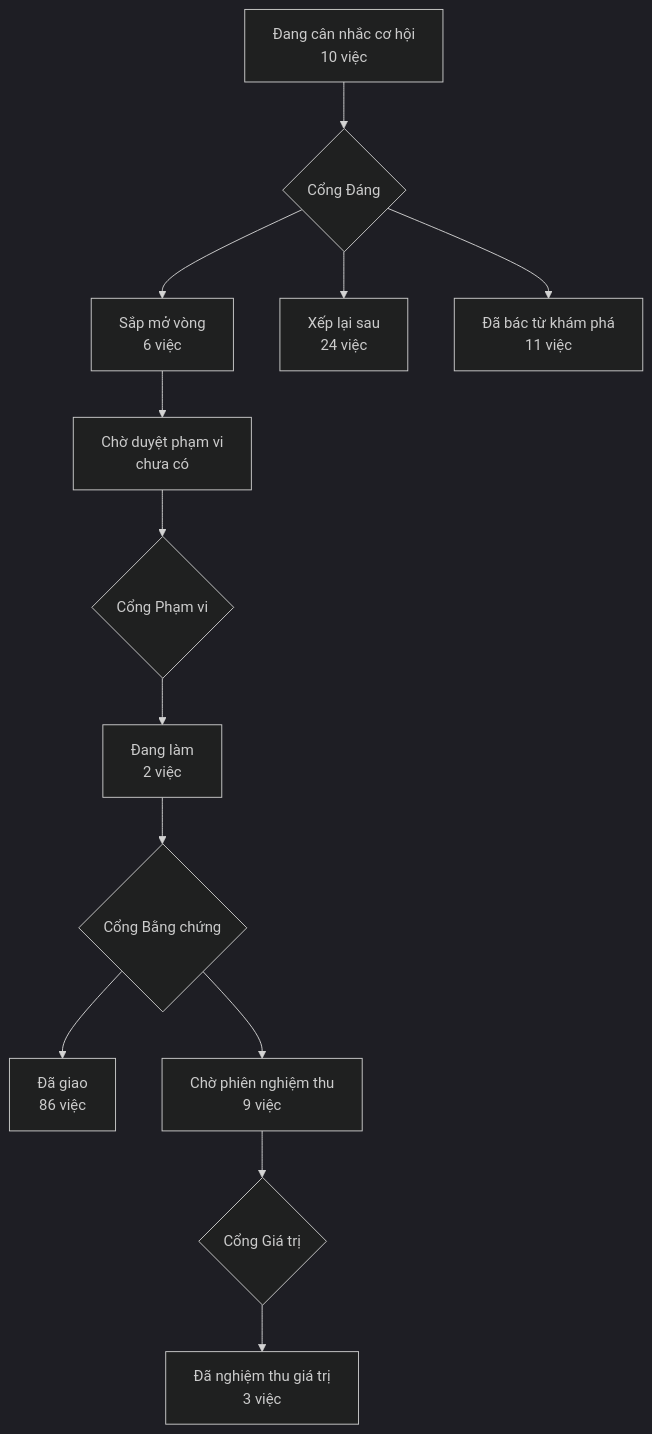
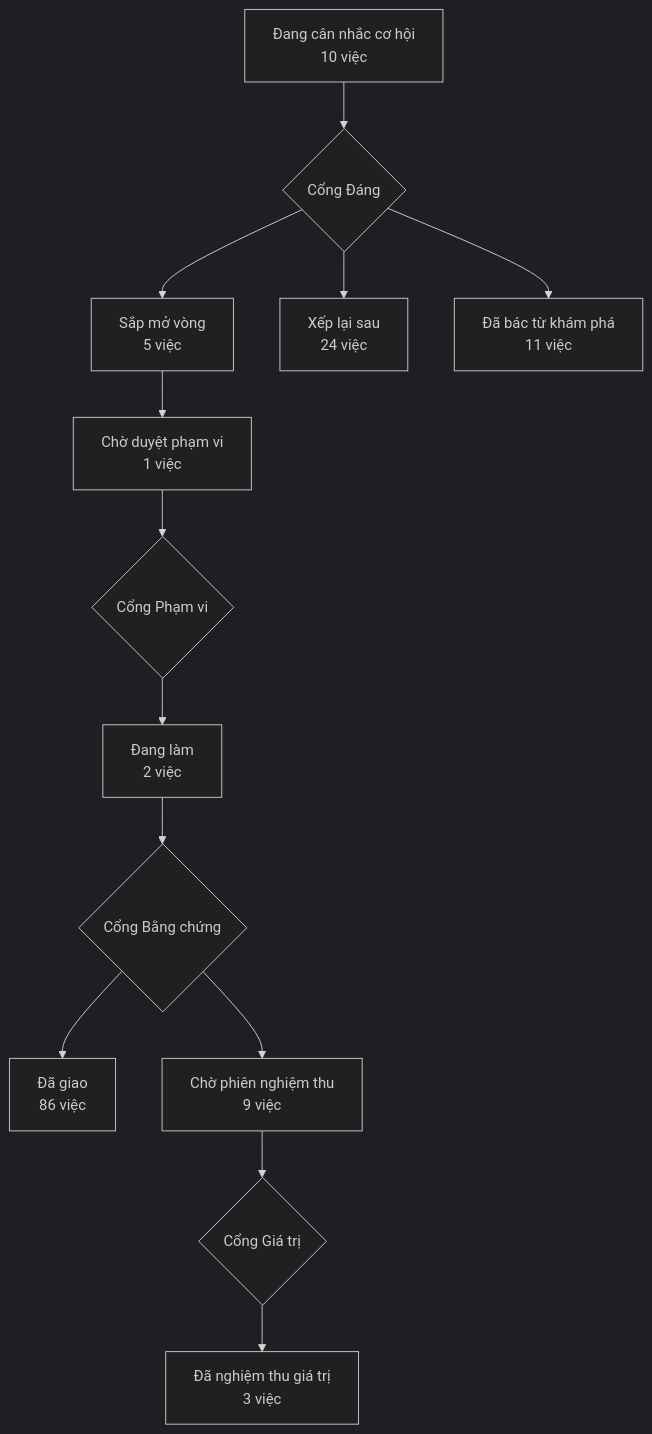
One commit to phanlemanh/acceptance-gate-kit changed the diagram in PRODUCT-MAP.md. Above: the diagram before and after it, drawn with Mermaid (dark theme). The commit also changed other lines of this file and 10 other files, not shown here.

````diff
--- a/PRODUCT-MAP.md
+++ b/PRODUCT-MAP.md
@@ -6,12 +6,12 @@
 ```mermaid
 flowchart TD
   A["Đang cân nhắc cơ hội<br/>10 việc"] --> GD{"Cổng Đáng"}
-  GD --> B["Sắp mở vòng<br/>6 việc"]
+  GD --> B["Sắp mở vòng<br/>5 việc"]
   GD --> XL["Xếp lại sau<br/>24 việc"]
   GD --> DB["Đã bác từ khám phá<br/>11 việc"]
-  B --> CD["Chờ duyệt phạm vi<br/>chưa có"] --> GP{"Cổng Phạm vi"}
+  B --> CD["Chờ duyệt phạm vi<br/>1 việc"] --> GP{"Cổng Phạm vi"}
   GP --> DL["Đang làm<br/>2 việc"] --> GB{"Cổng Bằng chứng"}
   GB --> DG["Đã giao<br/>86 việc"]
   GB --> CN["Chờ phiên nghiệm thu<br/>9 việc"] --> GG{"Cổng Giá trị"}
   GG --> NT["Đã nghiệm thu giá trị<br/>3 việc"]
 ```
````
